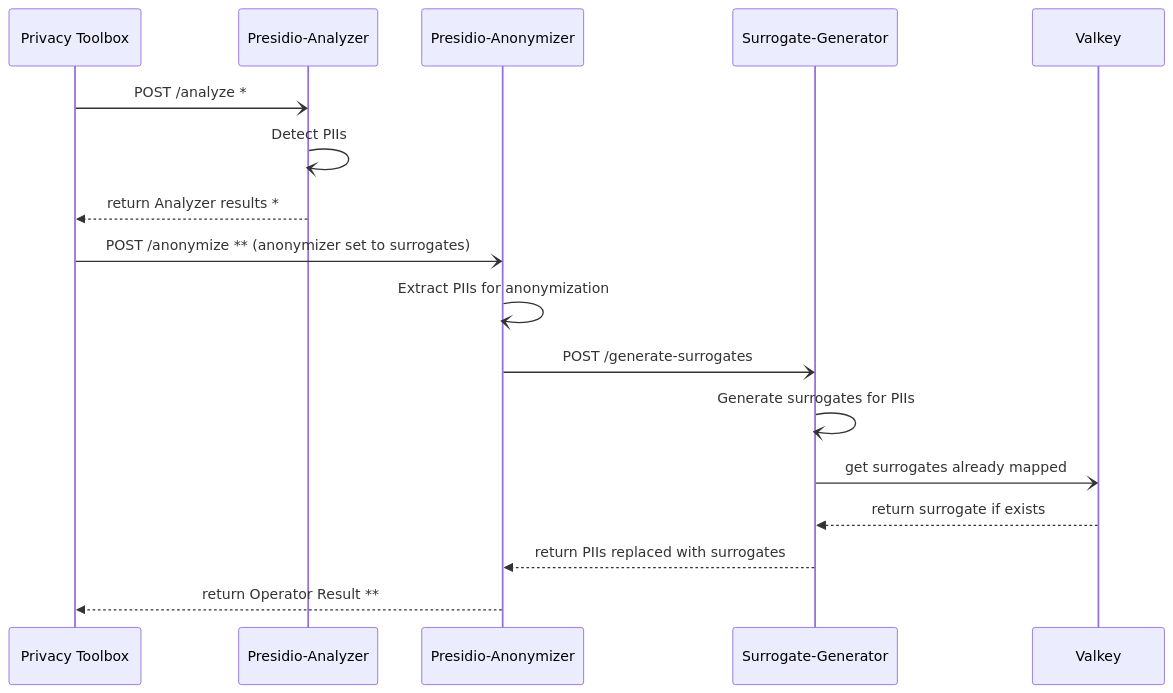
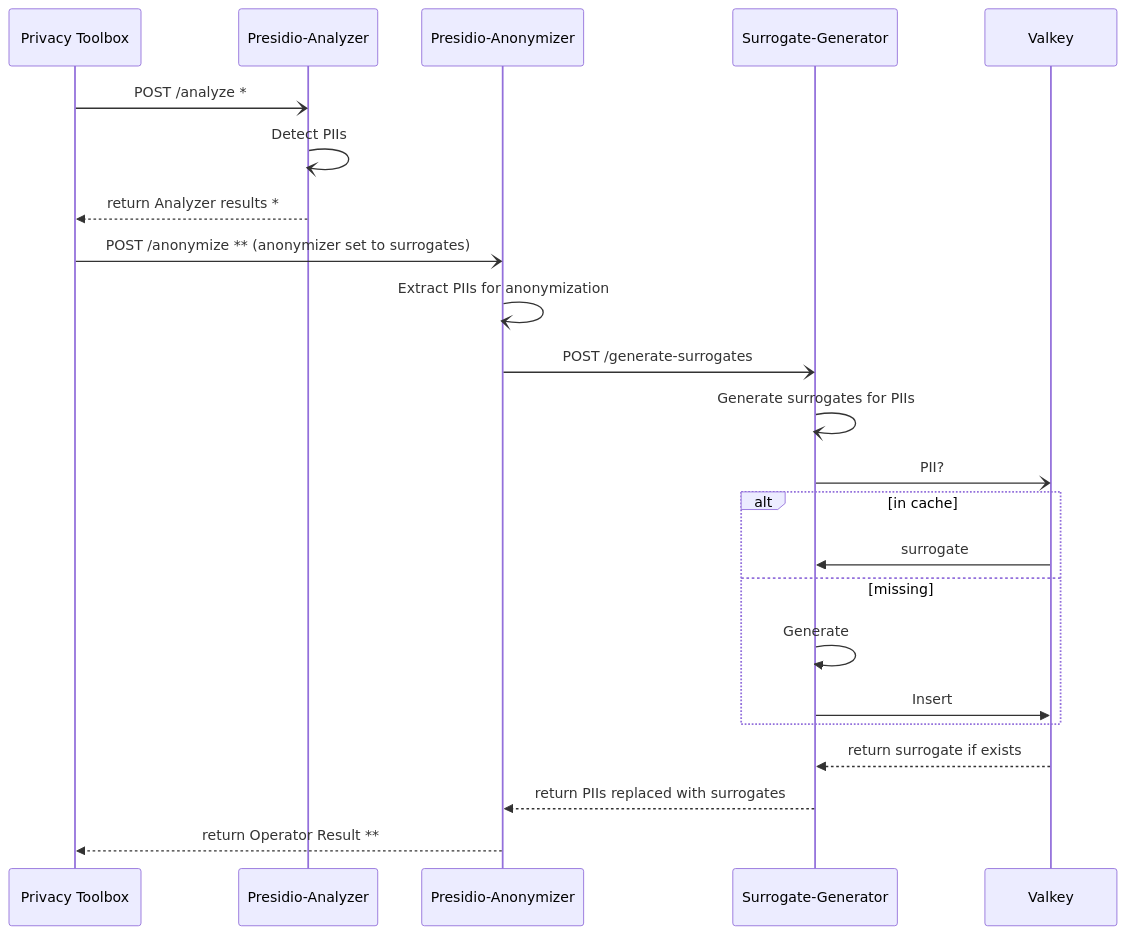
One commit to sdsc-ordes/deid-module changed the diagram in src/modules/surrogates/README.md. Above: the diagram before and after it, drawn with Mermaid. The commit also changed other lines of this file and 4 other files, not shown here.

````diff
--- a/src/modules/surrogates/README.md
+++ b/src/modules/surrogates/README.md
@@ -24,20 +24,26 @@
 ```mermaid
 sequenceDiagram
     participant PT as Privacy Toolbox
     participant An as Presidio-Analyzer
     participant Anon as Presidio-Anonymizer
     participant SG as Surrogate-Generator
     participant VK as Valkey
 
     PT-)An: POST /analyze *
     An-)An: Detect PIIs
     An-->>PT: return Analyzer results *
     PT-)Anon: POST /anonymize ** (anonymizer set to surrogates)
     Anon-)Anon: Extract PIIs for anonymization
     Anon-)SG: POST /generate-surrogates
     SG-)SG: Generate surrogates for PIIs
-    SG-)VK: get surrogates already mapped
+    SG-)VK: PII?
+    alt in cache
+        VK->>SG: surrogate
+    else missing
+        SG->>SG: Generate
+        SG->>VK: Insert
+    end
     VK-->>SG: return surrogate if exists
     SG-->>Anon: return PIIs replaced with surrogates
     Anon-->>PT: return Operator Result **
 ```
````
